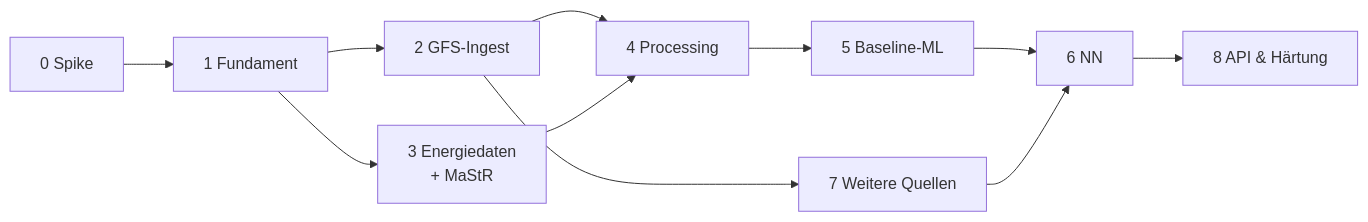
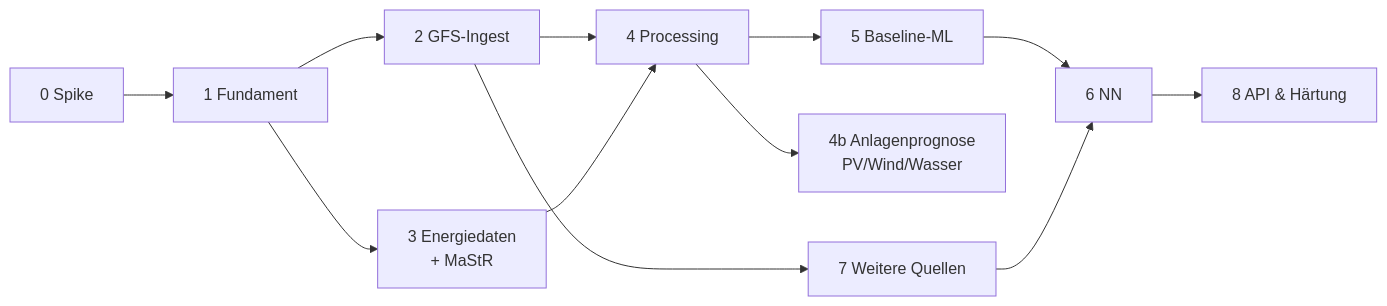
One commit to the78mole/PredictionDB changed diagram 15 of 15 in docs/ARCHITEKTUR.md. Above: the diagram before and after it, drawn with Mermaid. The commit also changed other lines of this file, not shown here.

First line of the commit message:
docs: Prognose-API für eigene PV-, Wind- und Wasserkraftanlagen (#8)

````diff
--- a/docs/ARCHITEKTUR.md
+++ b/docs/ARCHITEKTUR.md
@@ -1002,11 +1165,12 @@
 ```mermaid
 flowchart LR
     P0["0 Spike"] --> P1["1 Fundament"] --> P2["2 GFS-Ingest"]
     P1 --> P3["3 Energiedaten<br/>+ MaStR"]
     P2 --> P4["4 Processing"]
     P3 --> P4
     P4 --> P5["5 Baseline-ML"] --> P6["6 NN"]
+    P4 --> P4B["4b Anlagenprognose<br/>PV/Wind/Wasser"]
     P2 --> P7["7 Weitere Quellen"]
     P7 --> P6
     P6 --> P8["8 API & Härtung"]
 ```
````
